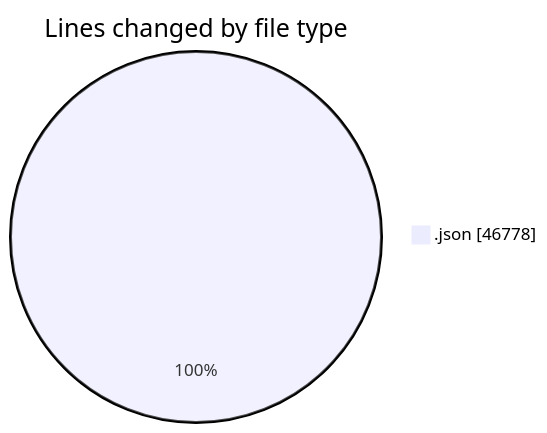
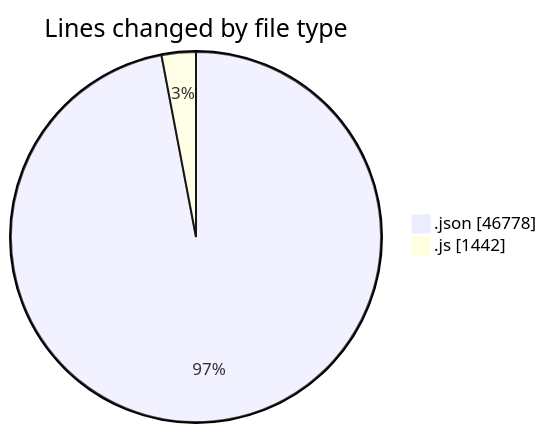
Before and after one commit to lephambinh05/code-tracking: the first of 2 diagrams in 2025-07-11/eduwallet-main/README.md, drawn with Mermaid. The commit also changed other lines of this file and 1 other file, not shown here.

````diff
--- a/2025-07-11/eduwallet-main/README.md
+++ b/2025-07-11/eduwallet-main/README.md
@@ -21,5 +25,6 @@
 ```mermaid
 pie showData
 title Lines changed by file type
 ".json" : 46778
+".js" : 1442
 ```
````
